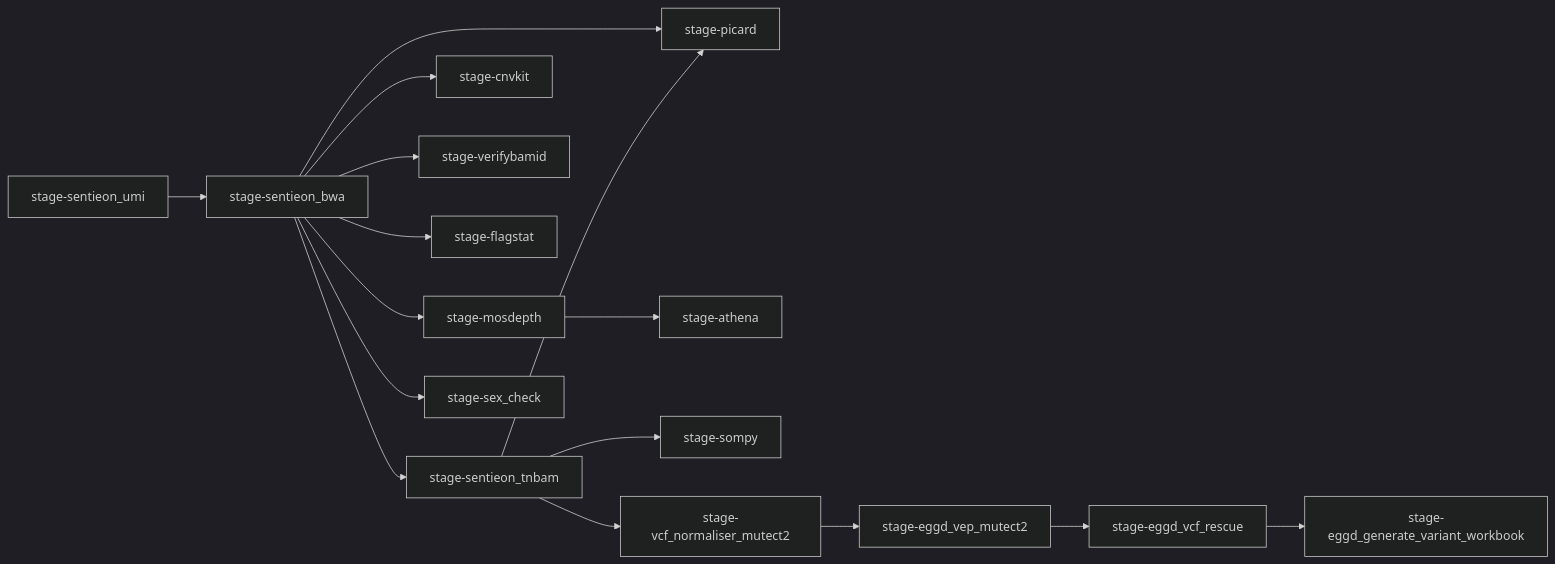
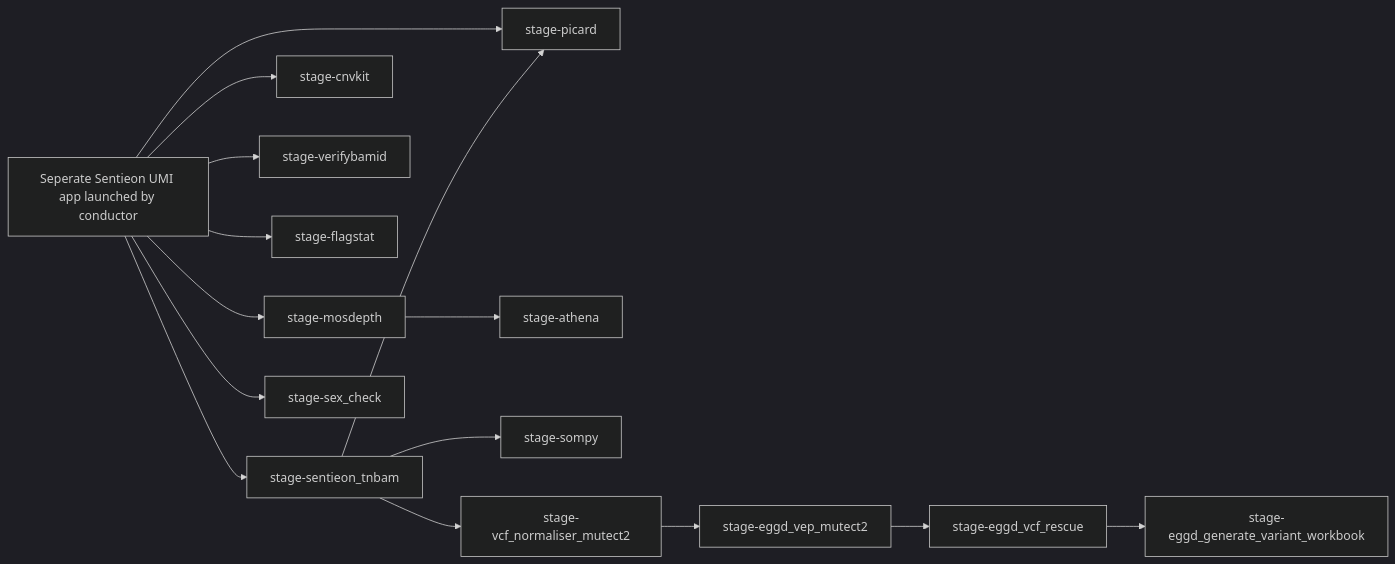
Before and after one commit to eastgenomics/eggd_atlas_main_workflow: the diagram in workflow_diagram.mmd, drawn with Mermaid (dark theme). The commit also changed 2 other files, not shown here.

Commit message:
rm alignment step to process separately and rm'd dynamic stage inputs to be replaced in conductor config.

```diff
--- a/workflow_diagram.mmd
+++ b/workflow_diagram.mmd
@@ -1,38 +1,36 @@
 graph LR
-  S_BWA["stage-sentieon_bwa"]
-  S_UMI["stage-sentieon_umi"]
+  S_UMI["Seperate Sentieon UMI app launched by conductor"]
   S_TNBAM["stage-sentieon_tnbam"]
   CNV["stage-cnvkit"]
   VERIFY["stage-verifybamid"]
   PICARD["stage-picard"]
   FLAG["stage-flagstat"]
   MOS["stage-mosdepth"]
   ATH["stage-athena"]
   SEX["stage-sex_check"]
   SOMPY["stage-sompy"]
   VN_MUT["stage-vcf_normaliser_mutect2"]
   VEP_MUT["stage-eggd_vep_mutect2"]
   RESCUE["stage-eggd_vcf_rescue"]
   GENWB["stage-eggd_generate_variant_workbook"]
 
   %% Primary data flow edges (from JSON links)
-  S_BWA --> S_TNBAM
-  S_UMI --> S_BWA
-  S_BWA --> CNV
-  S_BWA --> VERIFY
-  S_BWA --> PICARD
+  S_UMI --> S_TNBAM
+  S_UMI --> CNV
+  S_UMI --> VERIFY
+  S_UMI --> PICARD
   S_TNBAM --> PICARD
-  S_BWA --> FLAG
-  S_BWA --> MOS
+  S_UMI --> FLAG
+  S_UMI --> MOS
   MOS --> ATH
-  S_BWA --> SEX
+  S_UMI --> SEX
   S_TNBAM --> SOMPY
 
   %% VCF normalization / annotation flow
   S_TNBAM --> VN_MUT
   VN_MUT --> VEP_MUT
   VEP_MUT --> RESCUE
   RESCUE --> GENWB
 
   %% Independent/standalone nodes
   CNV
```
